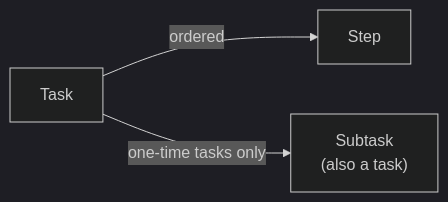
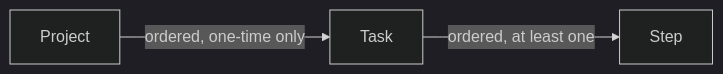
One commit to adam-edison/run-my-day-app changed the third of 5 diagrams in docs/domain-model.md. Above: the diagram before and after it, drawn with Mermaid (dark theme). The commit also changed other lines of this file and 1 other file, not shown here.

Commit message:
docs: add task settings guide and refine repeats, progressions, and projects

````diff
--- a/docs/domain-model.md
+++ b/docs/domain-model.md
@@ -31,5 +31,5 @@
 ```mermaid
 flowchart LR
-    Task -->|ordered| Step
-    Task -->|one-time tasks only| Subtask["Subtask<br/>(also a task)"]
+    Project -->|ordered, one-time only| Task
+    Task -->|ordered, at least one| Step
 ```
````
